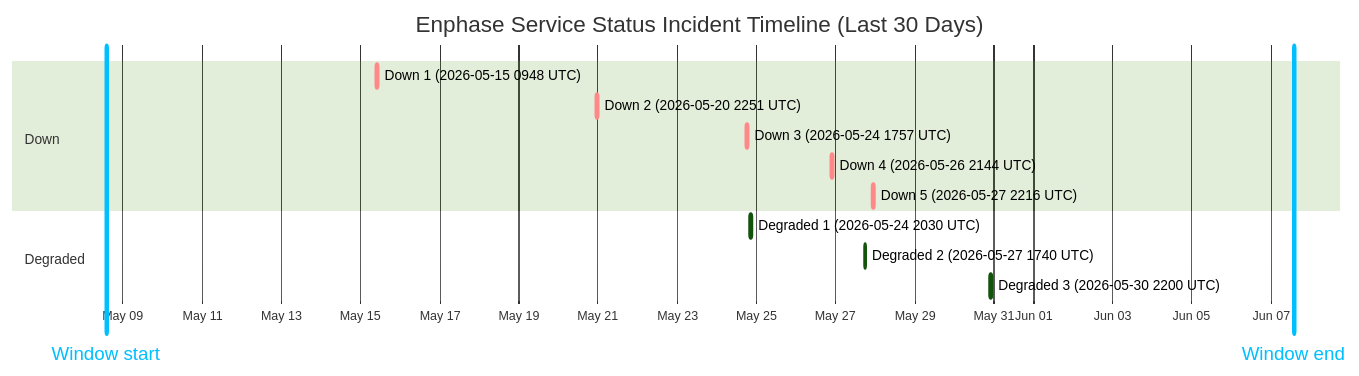
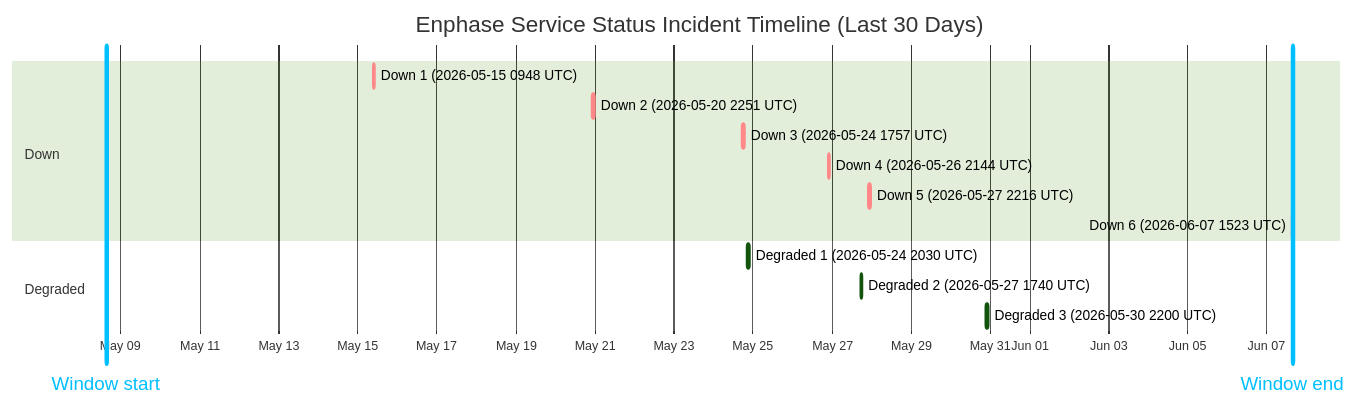
Before and after one commit to barneyonline/ha-enphase-energy: the diagram in wiki/Service-Status-History.md, drawn with Mermaid (forest theme). The commit also changed other lines of this file and 5 other files, not shown here.

````diff
--- a/wiki/Service-Status-History.md
+++ b/wiki/Service-Status-History.md
@@ -14,18 +14,19 @@
 ```mermaid
 gantt
     title Enphase Service Status Incident Timeline (Last 30 Days)
     dateFormat  YYYY-MM-DDTHH:mm:ss
     axisFormat  %b %d
-    Window start :vert, window-start, 2026-05-08T13:49:53, 0ms
-    Window end :vert, window-end, 2026-06-07T13:49:53, 0ms
+    Window start :vert, window-start, 2026-05-08T15:23:22, 0ms
+    Window end :vert, window-end, 2026-06-07T15:23:22, 0ms
     section Down
     Down 1 (2026-05-15 0948 UTC) :crit, down-1, 2026-05-15T09:48:18, 60m
     Down 2 (2026-05-20 2251 UTC) :crit, down-2, 2026-05-20T22:51:14, 75m
     Down 3 (2026-05-24 1757 UTC) :crit, down-3, 2026-05-24T17:57:41, 86m
     Down 4 (2026-05-26 2144 UTC) :crit, down-4, 2026-05-26T21:44:11, 85m
     Down 5 (2026-05-27 2216 UTC) :crit, down-5, 2026-05-27T22:16:53, 87m
+    Down 6 (2026-06-07 1523 UTC) :crit, down-6, 2026-06-07T15:23:22, 60m
     section Degraded
     Degraded 1 (2026-05-24 2030 UTC) :active, degraded-1, 2026-05-24T20:30:57, 84m
     Degraded 2 (2026-05-27 1740 UTC) :active, degraded-2, 2026-05-27T17:40:52, 60m
     Degraded 3 (2026-05-30 2200 UTC) :active, degraded-3, 2026-05-30T22:00:37, 60m
 ```
````
